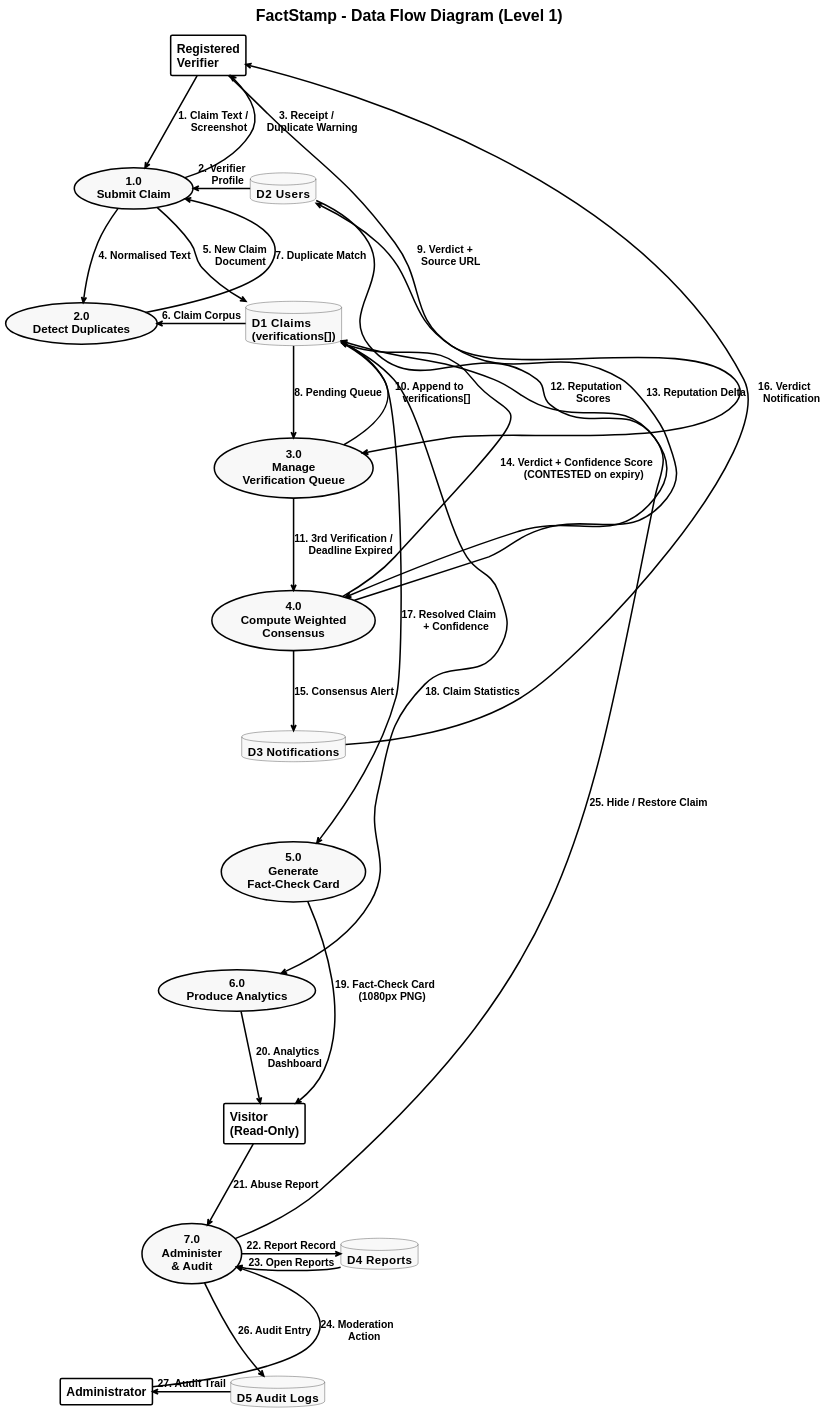
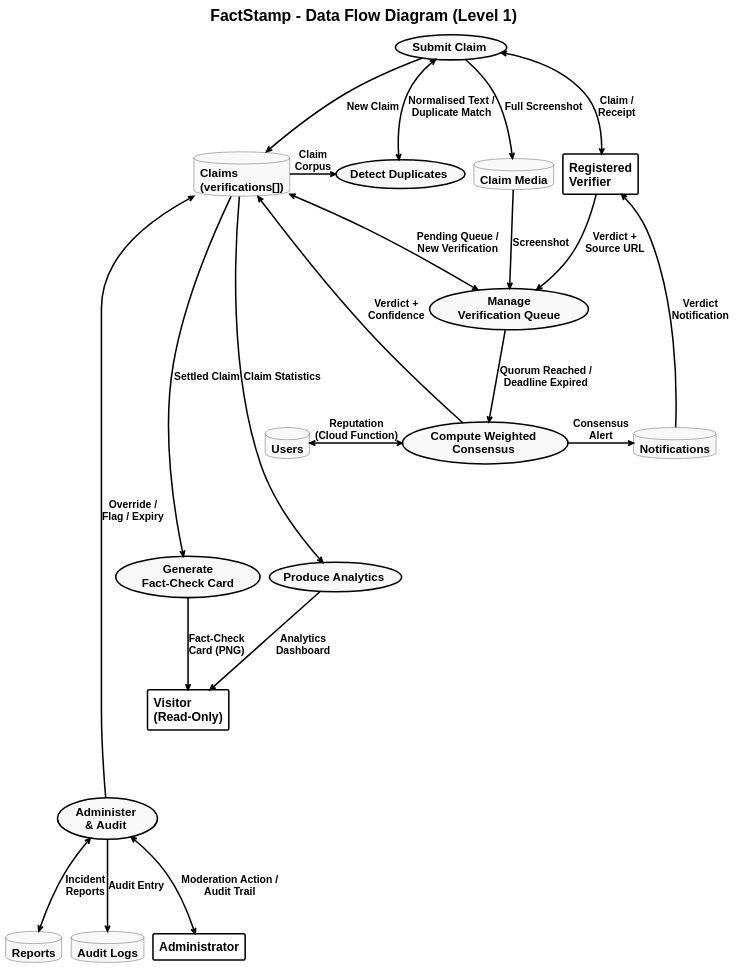
Before and after one commit to aadish0day/typst: the diagram in FactStamp/black_book_draft/03_Requirements_and_Analysis/attachments/dfd_level_1.puml, drawn with PlantUML. The commit also changed other lines of this file and 52 other files, not shown here.

First line of the commit message:
docs(FactStamp): trim black book chapters and rebuild diagrams from code

```diff
--- a/FactStamp/black_book_draft/03_Requirements_and_Analysis/attachments/dfd_level_1.puml
+++ b/FactStamp/black_book_draft/03_Requirements_and_Analysis/attachments/dfd_level_1.puml
@@ -21,104 +20,92 @@
 @startuml
 skinparam style strictuml
 skinparam monochrome true
 skinparam defaultFontName "Liberation Sans"
 skinparam defaultFontSize 20
 skinparam defaultFontStyle bold
 skinparam titleFontSize 26
 skinparam titleFontStyle bold
 
 ' Rule 5 (portrait): stretch ranks apart, squeeze columns together.
 skinparam ranksep 110
 skinparam nodesep 15
 
 skinparam backgroundColor white
 skinparam ArrowColor black
 skinparam ArrowThickness 2.5
 skinparam ArrowFontSize 17
 skinparam ArrowFontStyle bold
 
 skinparam UsecaseBorderColor black
 skinparam UsecaseBorderThickness 2.5
 skinparam UsecaseBackgroundColor #F8F9FA
 skinparam UsecaseFontSize 19
 skinparam UsecaseFontStyle bold
 
 skinparam RectangleBorderColor black
 skinparam RectangleBorderThickness 2.5
 skinparam RectangleBackgroundColor transparent
 skinparam RectangleFontSize 20
 skinparam RectangleFontStyle bold
 
 skinparam DatabaseBorderColor black
 skinparam DatabaseBackgroundColor #F8F9FA
 skinparam DatabaseFontSize 19
 skinparam DatabaseFontStyle bold
 
 title FactStamp - Data Flow Diagram (Level 1)
 
-' ---------- External entities ----------
+' ---------- Nodes, declared top to bottom ----------
 rectangle "Registered\nVerifier" as VER
+usecase "Submit Claim" as P1
+usecase "Detect Duplicates" as P2
+database "Claims\n(verifications[])" as D1
+database "Claim Media" as D6
+usecase "Manage\nVerification Queue" as P3
+usecase "Compute Weighted\nConsensus" as P4
+database "Users" as D2
+database "Notifications" as D3
+usecase "Produce Analytics" as P6
+usecase "Generate\nFact-Check Card" as P5
+rectangle "Visitor\n(Read-Only)" as VIS
+usecase "Administer\n& Audit" as P7
+database "Reports" as D4
+database "Audit Logs" as D5
+rectangle "Administrator" as ADM
 
-' ---------- Processes (usecase bubbles) ----------
-usecase "1.0\nSubmit Claim" as P1
-' ---------- Data stores (Firestore collections) ----------
-database "D2  Users" as D2
-usecase "2.0\nDetect Duplicates" as P2
-database "D1  Claims\n(verifications[])" as D1
-usecase "3.0\nManage\nVerification Queue" as P3
-usecase "4.0\nCompute Weighted\nConsensus" as P4
-database "D3  Notifications" as D3
-usecase "5.0\nGenerate\nFact-Check Card" as P5
-usecase "6.0\nProduce Analytics" as P6
-rectangle "Visitor\n(Read-Only)" as VIS
-usecase "7.0\nAdminister\n& Audit" as P7
-database "D4  Reports" as D4
-rectangle "Administrator" as ADM
-database "D5  Audit Logs" as D5
+' ---------- Spine ----------
+D1  -[hidden]right- D6
+D2  -[hidden]right- P4
+P4  -[hidden]down- P5
+P4  -[hidden]down- P6
+VIS -[hidden]down- P7
 
-' ---------- Invisible spine: pins every rank so the graph cannot fan out ----------
-VER -[hidden]-> D2
-D3  -[hidden]-> P5
-P5  -[hidden]-> P6
-VIS -[hidden]-> D4
-P7  -[hidden]-> ADM
+' ---------- 1.0 and 2.0: submission ----------
+P1 <-right-> VER : "Claim /\nReceipt"
+P1  <--> P2 : "Normalised Text /\nDuplicate Match"
+P1  --> D1 : "New Claim"
+P1  --> D6 : "Full Screenshot"
+D1  -left-> P2 : "Claim\nCorpus"
 
-' ---------- 1.0 Submit Claim ----------
-VER --> P1 : "1. Claim Text /\n    Screenshot"
-D2  -[norank]-> P1 : "2. Verifier\n    Profile"
-P1  -[norank]-> VER : "3. Receipt /\n    Duplicate Warning"
-P1  --> P2 : "4. Normalised Text"
-P1  --> D1 : "5. New Claim\n    Document"
+' ---------- 3.0 and 4.0: verification and consensus ----------
+VER --> P3 : "Verdict +\nSource URL"
+D1  <--> P3 : "Pending Queue /\nNew Verification"
+D6  --> P3 : "Screenshot"
+P3  --> P4 : "Quorum Reached /\nDeadline Expired"
+D2  <-[norank]-> P4 : "Reputation\n(Cloud Function)"
+D1 <-- P4 : "Verdict +\nConfidence"
+P4  -right-> D3 : "Consensus\nAlert"
+VER <-- D3 : "Verdict\nNotification"
 
-' ---------- 2.0 Detect Duplicates ----------
-D1 -[norank]-> P2 : "6. Claim Corpus"
-P2 -[norank]-> P1 : "7. Duplicate Match"
+' ---------- 5.0 and 6.0: public outputs ----------
+D1  --> P5 : "Settled Claim"
+D1  --> P6 : "Claim Statistics"
+P5  --> VIS : "Fact-Check\nCard (PNG)"
+P6  --> VIS : "Analytics\nDashboard"
 
-' ---------- 3.0 Manage Verification Queue ----------
-D1  --> P3 : "8. Pending Queue"
-VER -[norank]-> P3 : "9. Verdict +\n    Source URL"
-P3  -[norank]-> D1 : "10. Append to\n     verifications[]"
-P3  --> P4 : "11. 3rd Verification /\n     Deadline Expired"
-
-' ---------- 4.0 Compute Weighted Consensus ----------
-D2 -[norank]-> P4 : "12. Reputation\n     Scores"
-P4 -[norank]-> D2 : "13. Reputation Delta"
-P4 -[norank]-> D1 : "14. Verdict + Confidence Score\n     (CONTESTED on expiry)"
-P4 --> D3 : "15. Consensus Alert"
-D3 -[norank]-> VER : "16. Verdict\n     Notification"
-
-' ---------- 5.0 / 6.0 Public outputs ----------
-D1 -[norank]-> P5 : "17. Resolved Claim\n     + Confidence"
-D1 -[norank]-> P6 : "18. Claim Statistics"
-P5 --> VIS : "19. Fact-Check Card\n     (1080px PNG)"
-P6 --> VIS : "20. Analytics\n     Dashboard"
-
-' ---------- 7.0 Administer & Audit ----------
-VIS --> P7 : "21. Abuse Report"
-P7  -[norank]-> D4 : "22. Report Record"
-D4  -[norank]-> P7 : "23. Open Reports"
-ADM -[norank]-> P7 : "24. Moderation\n     Action"
-P7  -[norank]-> D1 : "25. Hide / Restore Claim"
-P7  --> D5 : "26. Audit Entry"
-D5  -[norank]-> ADM : "27. Audit Trail"
+' ---------- 7.0: administration ----------
+ADM <-up-> P7 : "Moderation Action /\nAudit Trail"
+P7  <--> D4 : "Incident\nReports"
+P7  --> D5 : "Audit Entry"
+D1 <-- P7 : "Override /\nFlag / Expiry"
 @enduml
```
